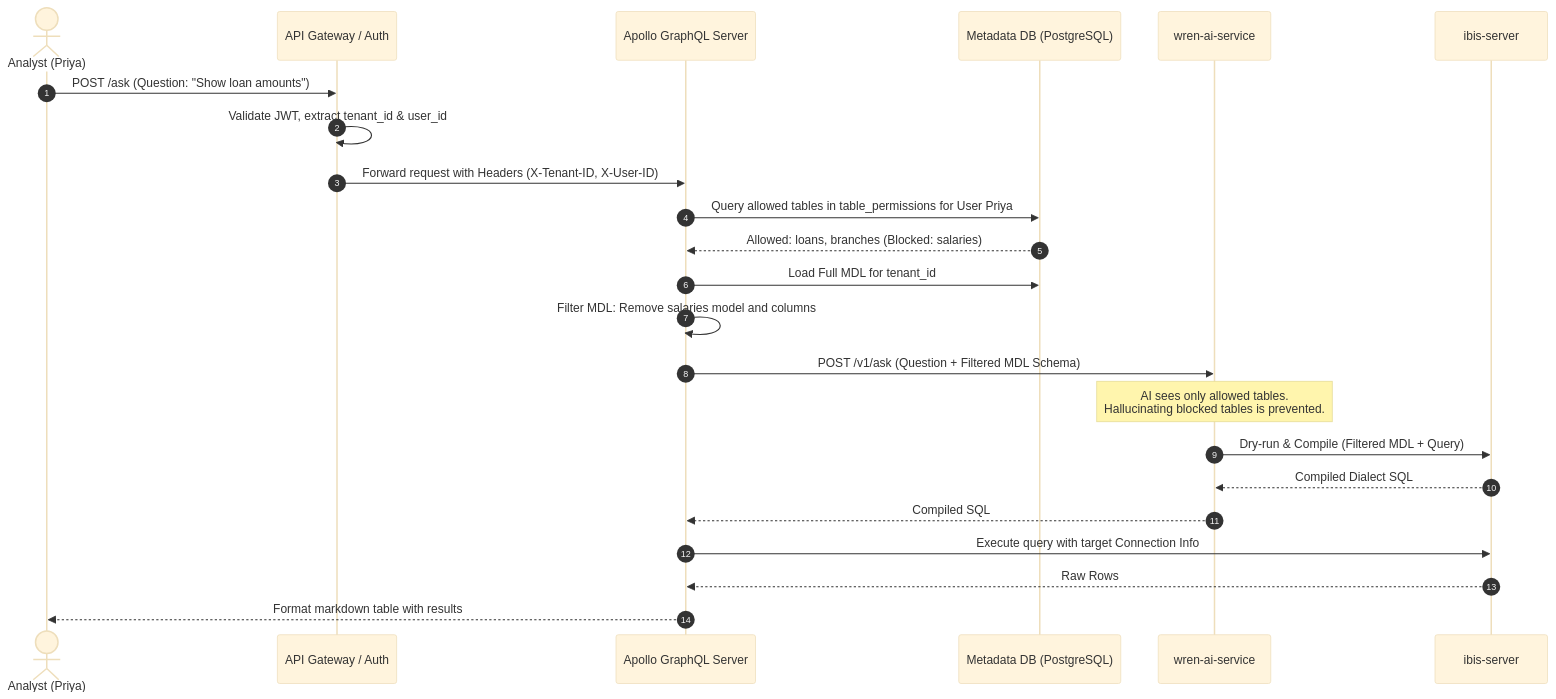
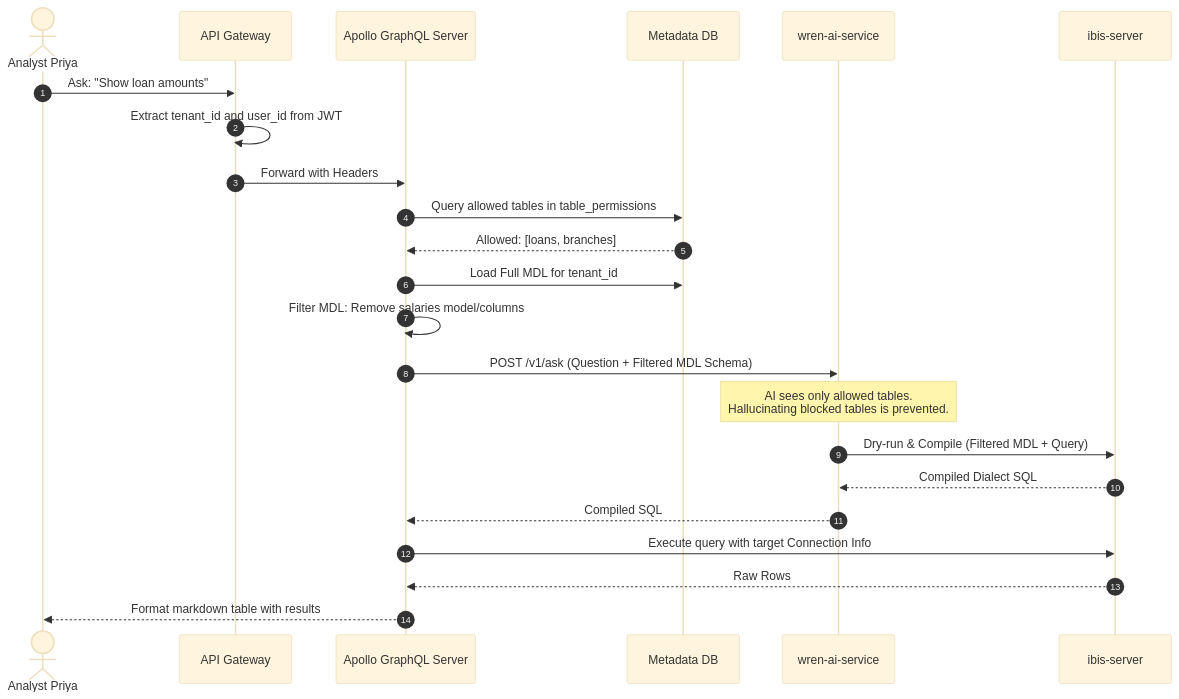
Before and after one commit to arpit199924/Wren_setup: the third of 3 diagrams in POC_DOCUMENTS/legacy/bank_semantic_platform_architecture.md, drawn with Mermaid (base theme). The commit also changed other lines of this file and 2 other files, not shown here.

Commit message:
Update legacy documents to include both text-based ASCII flowcharts and corrected Mermaid syntax

````diff
--- a/POC_DOCUMENTS/legacy/bank_semantic_platform_architecture.md
+++ b/POC_DOCUMENTS/legacy/bank_semantic_platform_architecture.md
@@ -111,26 +111,26 @@
 ```mermaid
 sequenceDiagram
     autonumber
-    actor User as Analyst (Priya)
-    participant GW as API Gateway / Auth
+    actor User as Analyst Priya
+    participant GW as API Gateway
     participant Apollo as Apollo GraphQL Server
-    participant DB as Metadata DB (PostgreSQL)
+    participant DB as Metadata DB
     participant AIService as wren-ai-service
     participant Ibis as ibis-server
 
-    User->>GW: POST /ask (Question: "Show loan amounts")
-    GW->>GW: Validate JWT, extract tenant_id & user_id
-    GW->>Apollo: Forward request with Headers (X-Tenant-ID, X-User-ID)
-    Apollo->>DB: Query allowed tables in table_permissions for User Priya
-    DB-->>Apollo: Allowed: loans, branches (Blocked: salaries)
+    User->>GW: Ask: "Show loan amounts"
+    GW->>GW: Extract tenant_id and user_id from JWT
+    GW->>Apollo: Forward with Headers
+    Apollo->>DB: Query allowed tables in table_permissions
+    DB-->>Apollo: Allowed: [loans, branches]
     Apollo->>DB: Load Full MDL for tenant_id
-    Apollo->>Apollo: Filter MDL: Remove salaries model and columns
+    Apollo->>Apollo: Filter MDL: Remove salaries model/columns
     Apollo->>AIService: POST /v1/ask (Question + Filtered MDL Schema)
     Note over AIService: AI sees only allowed tables.<br/>Hallucinating blocked tables is prevented.
     AIService->>Ibis: Dry-run & Compile (Filtered MDL + Query)
     Ibis-->>AIService: Compiled Dialect SQL
     AIService-->>Apollo: Compiled SQL
     Apollo->>Ibis: Execute query with target Connection Info
     Ibis-->>Apollo: Raw Rows
     Apollo-->>User: Format markdown table with results
 ```
````
